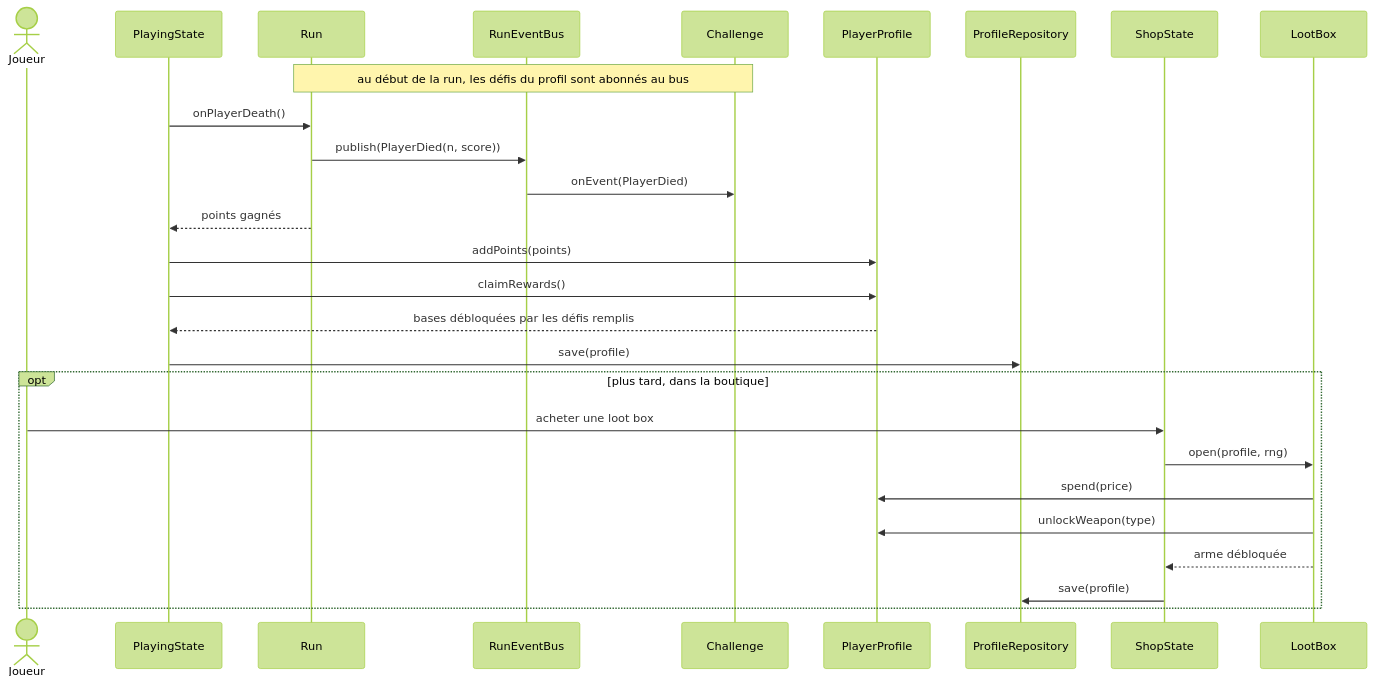
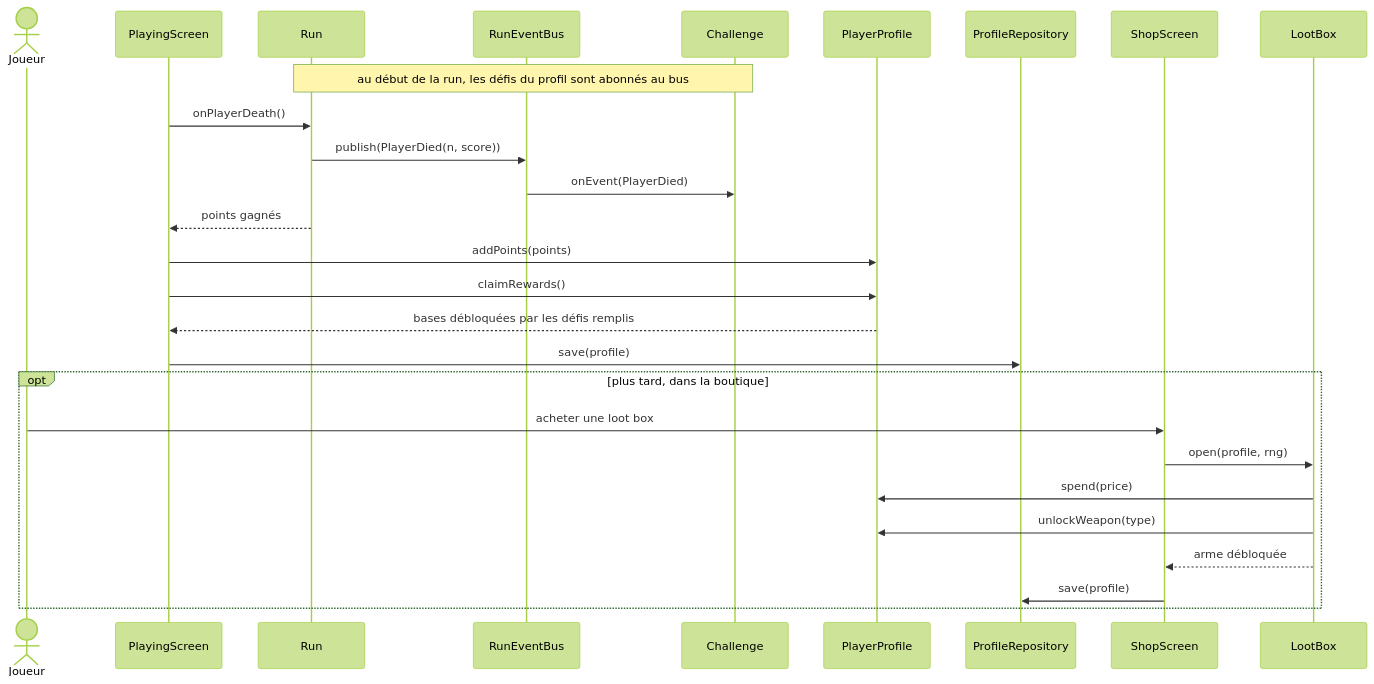
One commit to Bisiaux-dev/public-vault changed diagram 11 of 13 in content/2D-Game/ideas/pierre/Bullet hell roguelike - UML.md. Above: the diagram before and after it, drawn with Mermaid (forest theme). The commit also changed other lines of this file and 27 other files, not shown here.

````diff
--- a/content/2D-Game/ideas/pierre/Bullet hell roguelike - UML.md
+++ b/content/2D-Game/ideas/pierre/Bullet hell roguelike - UML.md
@@ -677,30 +714,30 @@
 ```mermaid
 sequenceDiagram
     actor J as Joueur
-    participant PS as PlayingState
+    participant PS as PlayingScreen
     participant Run
     participant Bus as RunEventBus
     participant Ch as Challenge
     participant Prof as PlayerProfile
     participant Repo as ProfileRepository
-    participant Shop as ShopState
+    participant Shop as ShopScreen
     participant LB as LootBox
 
     Note over Run,Ch: au début de la run, les défis du profil sont abonnés au bus
     PS->>Run: onPlayerDeath()
     Run->>Bus: publish(PlayerDied(n, score))
     Bus->>Ch: onEvent(PlayerDied)
     Run-->>PS: points gagnés
     PS->>Prof: addPoints(points)
     PS->>Prof: claimRewards()
     Prof-->>PS: bases débloquées par les défis remplis
     PS->>Repo: save(profile)
     opt plus tard, dans la boutique
         J->>Shop: acheter une loot box
         Shop->>LB: open(profile, rng)
         LB->>Prof: spend(price)
         LB->>Prof: unlockWeapon(type)
         LB-->>Shop: arme débloquée
         Shop->>Repo: save(profile)
     end
 ```
````
